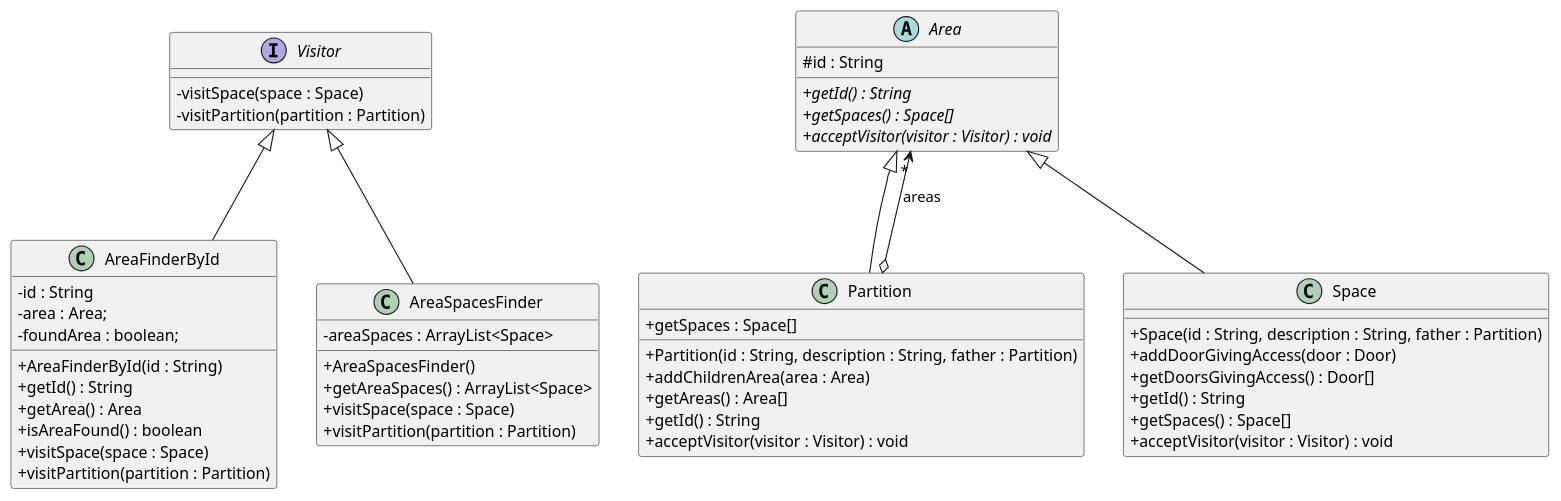
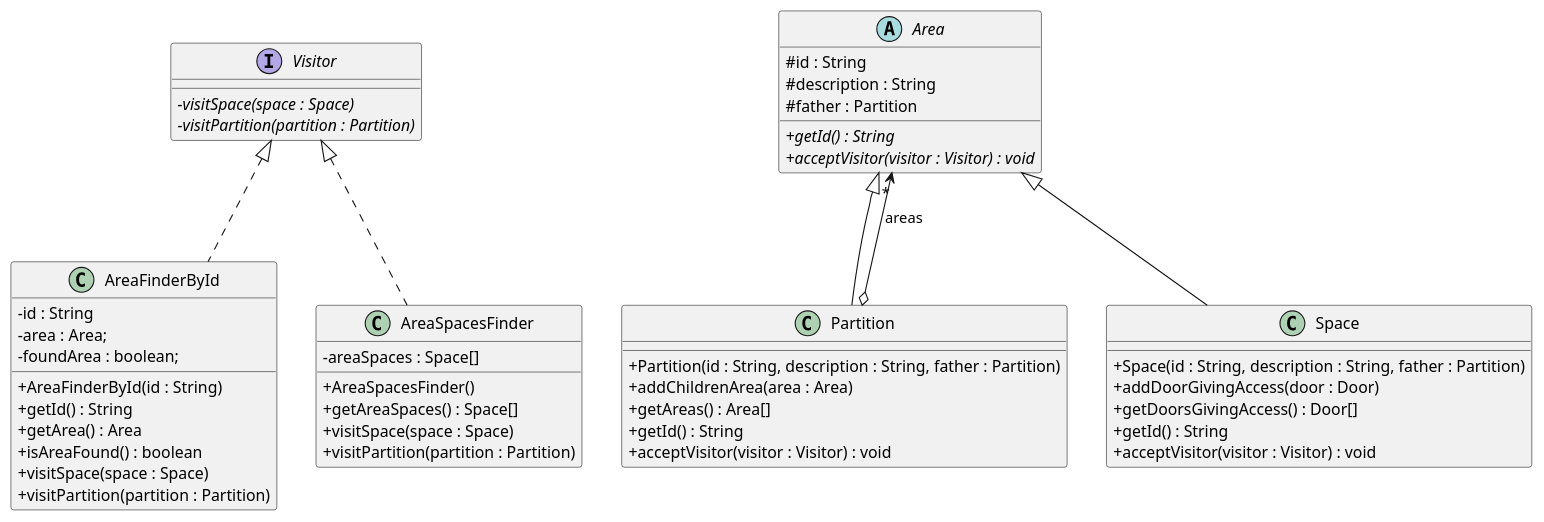
Before and after one commit to biigsaamu/PRACTICA_DS: the diagram in out/production/PRACTICA_DS/basenostates/uml/Visitor.puml, drawn with PlantUML. The commit also changed 12 other files, not shown here.

```diff
--- a/out/production/PRACTICA_DS/basenostates/uml/Visitor.puml
+++ b/out/production/PRACTICA_DS/basenostates/uml/Visitor.puml
@@ -1,61 +1,59 @@
  @startuml
 'https://plantuml.com/class-diagram
 skinparam classAttributeIconSize 0
 
 interface Visitor{
-    -visitSpace(space : Space)
-    -visitPartition(partition : Partition)
+    - {abstract} visitSpace(space : Space)
+    - {abstract} visitPartition(partition : Partition)
 }
 
-class AreaFinderById{
+class AreaFinderById implements Visitor{
     -id : String
     -area : Area;
     -foundArea : boolean;
     +AreaFinderById(id : String)
     +getId() : String
     +getArea() : Area
     +isAreaFound() : boolean
     +visitSpace(space : Space)
     +visitPartition(partition : Partition)
 }
 
-class AreaSpacesFinder{
-    -areaSpaces : ArrayList<Space>
+class AreaSpacesFinder implements Visitor{
+    -areaSpaces : Space[]
     +AreaSpacesFinder()
-    +getAreaSpaces() : ArrayList<Space>
+    +getAreaSpaces() : Space[]
     +visitSpace(space : Space)
     +visitPartition(partition : Partition)
 
 }
 
-Visitor<|-- AreaFinderById
-Visitor<|-- AreaSpacesFinder
+
 
 abstract class Area {
 # id : String
+# description : String
+# father : Partition
 + {abstract} getId() : String
-+ {abstract} getSpaces() : Space[]
 + {abstract} acceptVisitor(visitor : Visitor) : void
 }
 
 class Partition extends Area{
 + Partition(id : String, description : String, father : Partition)
 + addChildrenArea(area : Area)
 + getAreas() : Area[]
 + getId() : String
-+ getSpaces : Space[]
 + acceptVisitor(visitor : Visitor) : void
 }
 
 Partition o--> "*" Area : areas
 
 class Space extends Area{
 + Space(id : String, description : String, father : Partition)
 + addDoorGivingAccess(door : Door)
 + getDoorsGivingAccess() : Door[]
 + getId() : String
-+ getSpaces() : Space[]
 + acceptVisitor(visitor : Visitor) : void
 }
 
 @enduml
```
